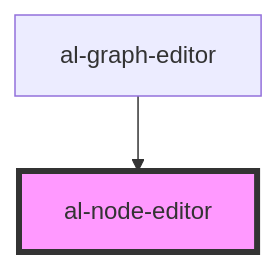
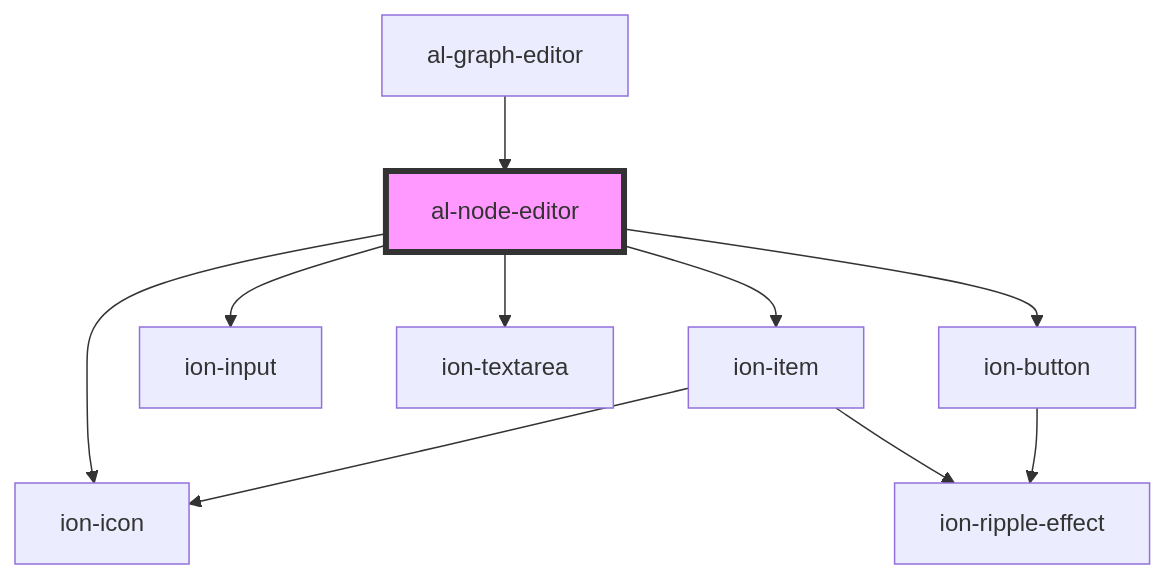
One commit to aleph-viewer/aleph changed the diagram in src/components/al-node-editor/readme.md. Above: the diagram before and after it, drawn with Mermaid. The commit also changed other lines of this file and 11 other files, not shown here.

````diff
--- a/src/components/al-node-editor/readme.md
+++ b/src/components/al-node-editor/readme.md
@@ -30,5 +38,13 @@
 ```mermaid
 graph TD;
+  al-node-editor --> ion-item
+  al-node-editor --> ion-input
+  al-node-editor --> ion-textarea
+  al-node-editor --> ion-button
+  al-node-editor --> ion-icon
+  ion-item --> ion-icon
+  ion-item --> ion-ripple-effect
+  ion-button --> ion-ripple-effect
   al-graph-editor --> al-node-editor
   style al-node-editor fill:#f9f,stroke:#333,stroke-width:4px
 ```
````
